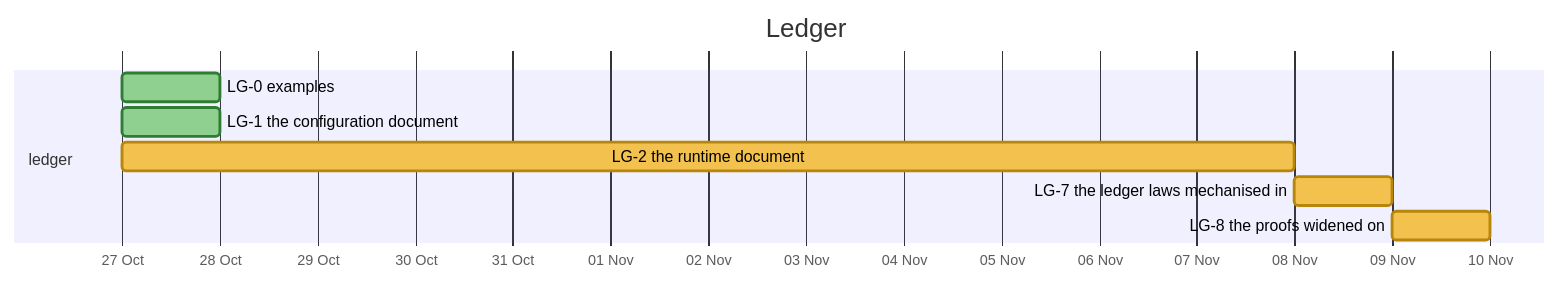
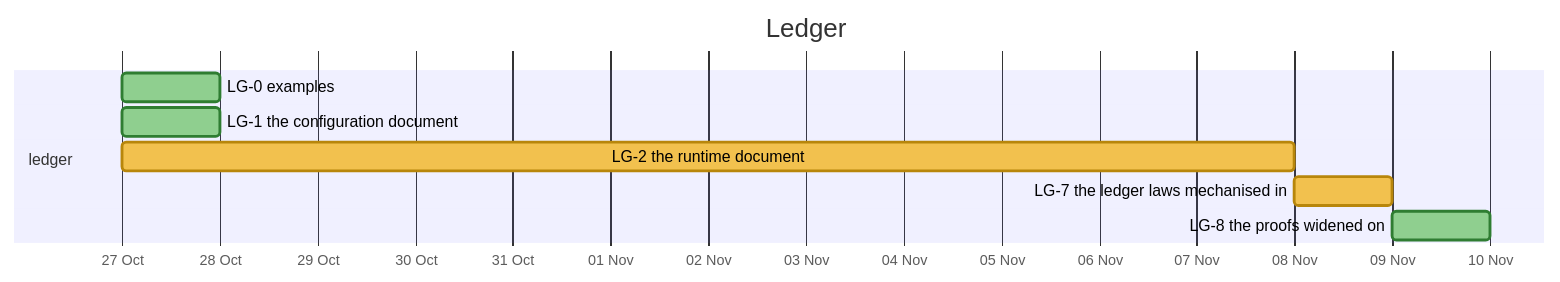
One commit to nebularis/lattice changed the tenth of 31 diagrams in docs/developer/ROADMAP.md. Above: the diagram before and after it, drawn with Mermaid. The commit also changed other lines of this file and 13 other files, not shown here.

````diff
--- a/docs/developer/ROADMAP.md
+++ b/docs/developer/ROADMAP.md
@@ -334,13 +334,13 @@
 ```mermaid
 %%{init: {"themeVariables": {"taskBkgColor": "#f2c14e", "taskBorderColor": "#b8860b", "taskTextColor": "#000000", "activeTaskBkgColor": "#4e9af1", "activeTaskBorderColor": "#1f5fbf", "activeTaskBorderColor": "#1f5fbf", "doneTaskBkgColor": "#8fcf8f", "doneTaskBorderColor": "#2f7d32", "critBkgColor": "#f28b82", "critBorderColor": "#b23a30", "taskTextDarkColor": "#000000", "taskTextLightColor": "#000000"}}}%%
 gantt
     title Ledger
     dateFormat YYYY-MM-DD
     axisFormat %d %b
     section ledger
     LG-0 examples :done, lg0, 2026-10-27, 2026-10-28
     LG-1 the configuration document :done, lg1, 2026-10-27, 2026-10-28
     LG-2 the runtime document :lg2, 2026-10-27, 2026-11-08
     LG-7 the ledger laws mechanised in :lg7, 2026-11-08, 2026-11-09
-    LG-8 the proofs widened on :lg8, 2026-11-09, 2026-11-10
+    LG-8 the proofs widened on :done, lg8, 2026-11-09, 2026-11-10
 ```
````
